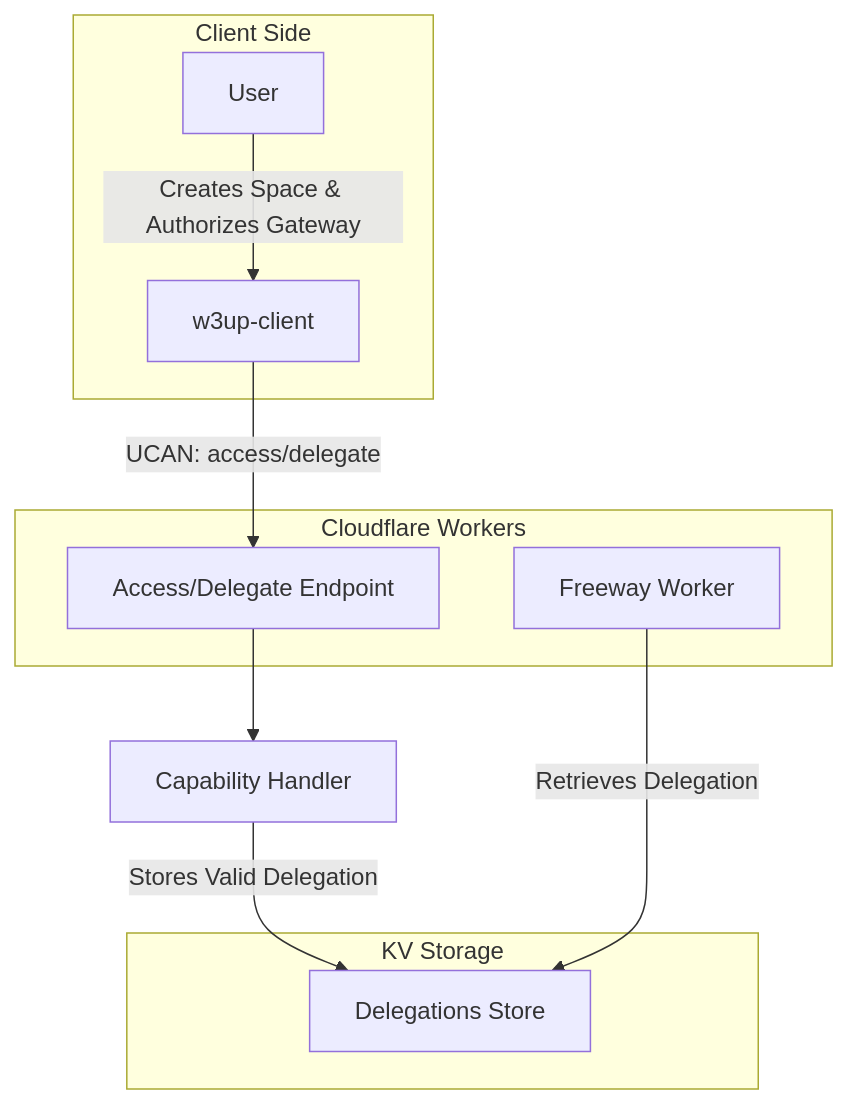
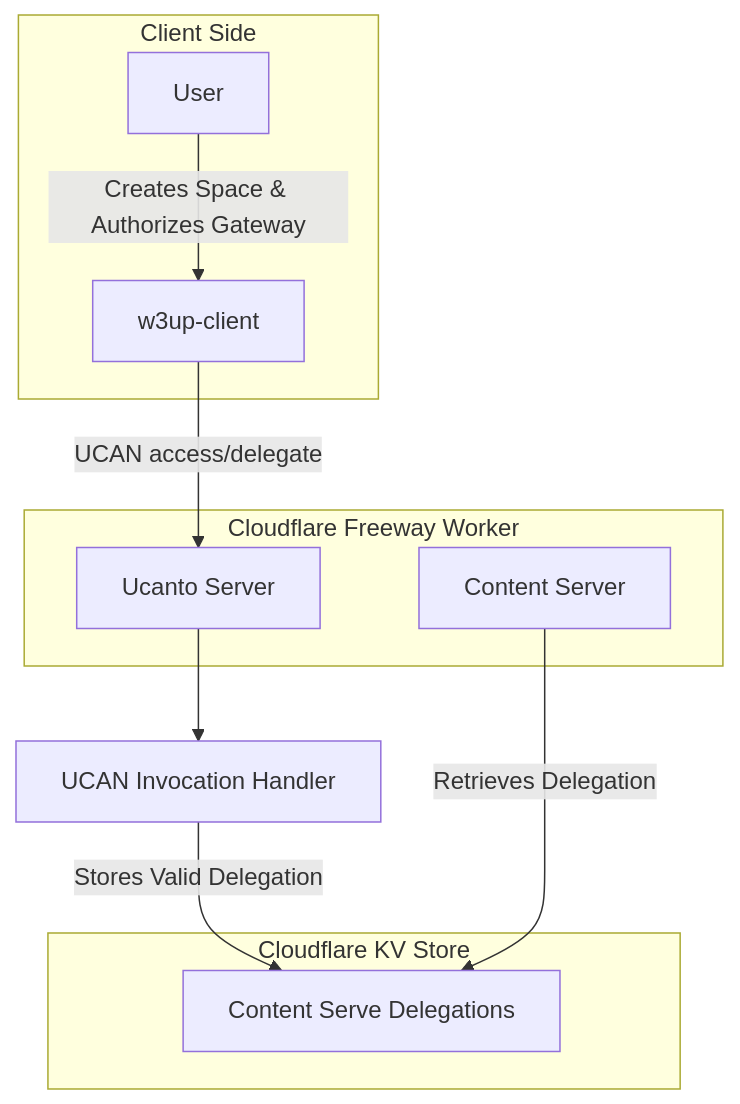
Before and after one commit to storacha/freeway: the diagram in docs/ucan-handler.md, drawn with Mermaid. The commit also changed other lines of this file, not shown here.

````diff
--- a/docs/ucan-handler.md
+++ b/docs/ucan-handler.md
@@ -3,20 +3,20 @@
 ```mermaid
 flowchart TD
     subgraph Client Side
         A[User] -->|Creates Space & Authorizes Gateway| B[w3up-client]
     end
     
-    subgraph Cloudflare Workers
-        C[Access/Delegate Endpoint]
-        F[Freeway Worker]
+    subgraph Cloudflare Freeway Worker
+        C[Ucanto Server]
+        F[Content Server]
     end
     
-    subgraph KV Storage
-        D[Delegations Store]
+    subgraph Cloudflare KV Store
+        D[Content Serve Delegations]
     end
 
-    B -->|UCAN: access/delegate| C
-    C -->E[Capability Handler]
+    B -->|UCAN access/delegate| C
+    C -->E[UCAN Invocation Handler]
     E -->|Stores Valid Delegation| D
-    F -->|Retrieves Delegation| D[Delegations Store]
+    F -->|Retrieves Delegation| D[Content Serve Delegations]
 ```
````
